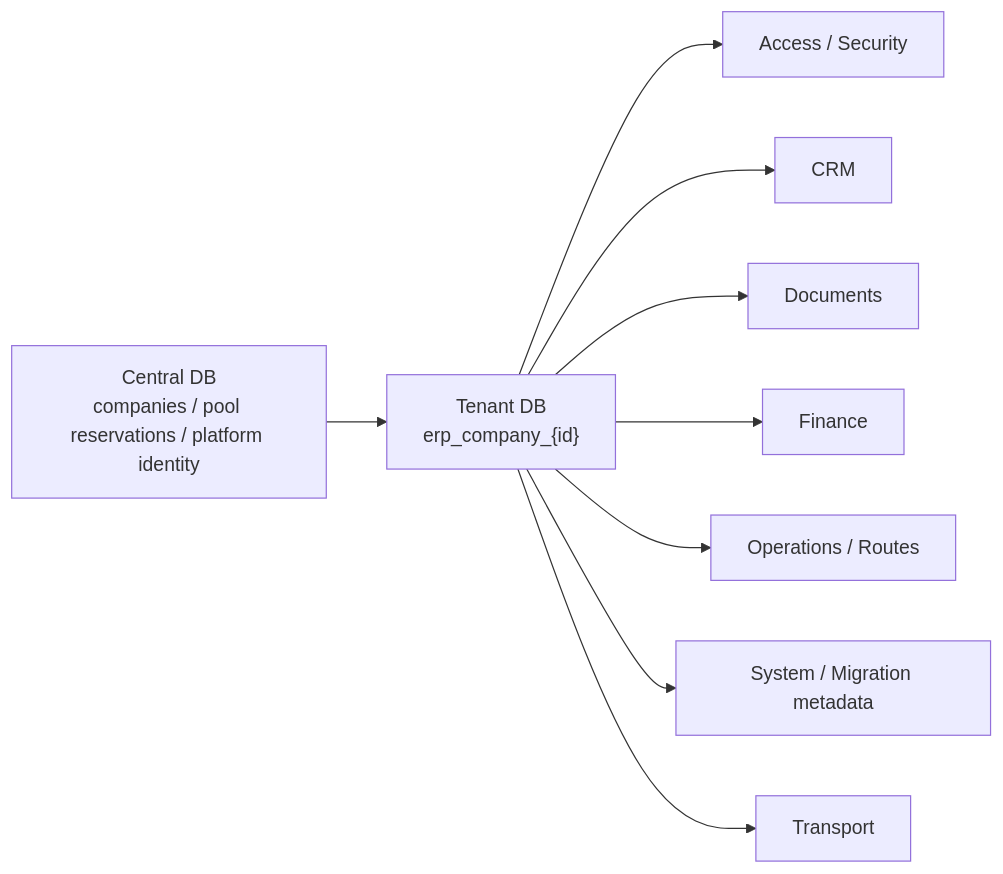
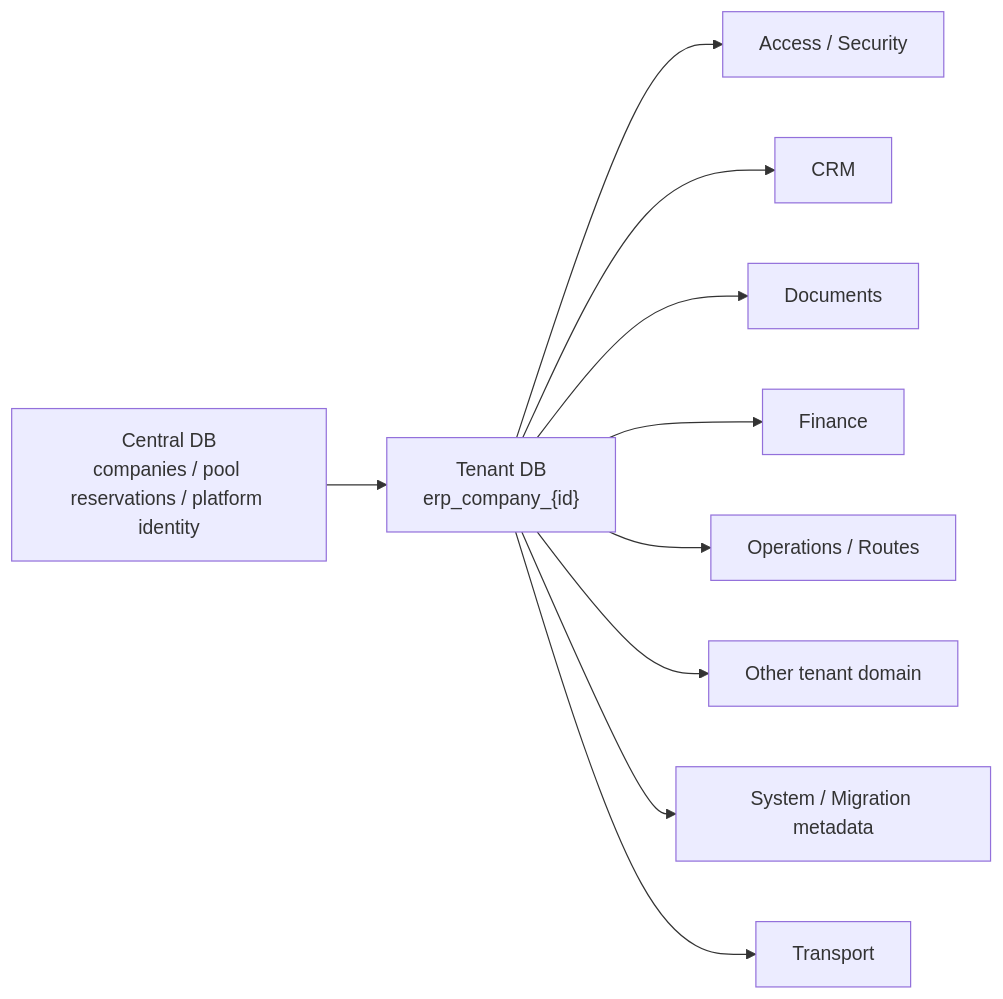
The first of 9 diagrams in docs/database/TENANT_ERD.md (caymanlogistic-crypto/erp-planex-ci), drawn with Mermaid before and after one commit. The commit also changed other lines of this file and 14 other files, not shown here.

Commit message:
CRITICAL: sync generated tenant schema for FEO 122

````diff
--- a/docs/database/TENANT_ERD.md
+++ b/docs/database/TENANT_ERD.md
@@ -9,11 +9,12 @@
 ```mermaid
 flowchart LR
   Central["Central DB<br/>companies / pool reservations / platform identity"] --> Tenant["Tenant DB<br/>erp_company_{id}"]
   Tenant --> Dd615b9d1["Access / Security"]
   Tenant --> D2a13d05e["CRM"]
   Tenant --> D687c8286["Documents"]
   Tenant --> D1b48d3f0["Finance"]
   Tenant --> D7d97bde8["Operations / Routes"]
+  Tenant --> Dd954359a["Other tenant domain"]
   Tenant --> D81d60e9a["System / Migration metadata"]
   Tenant --> Dc10d76c9["Transport"]
 ```
````
